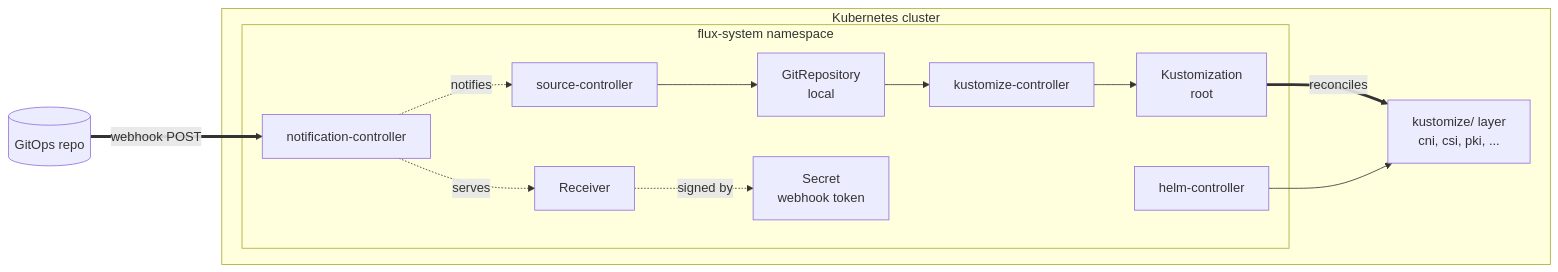
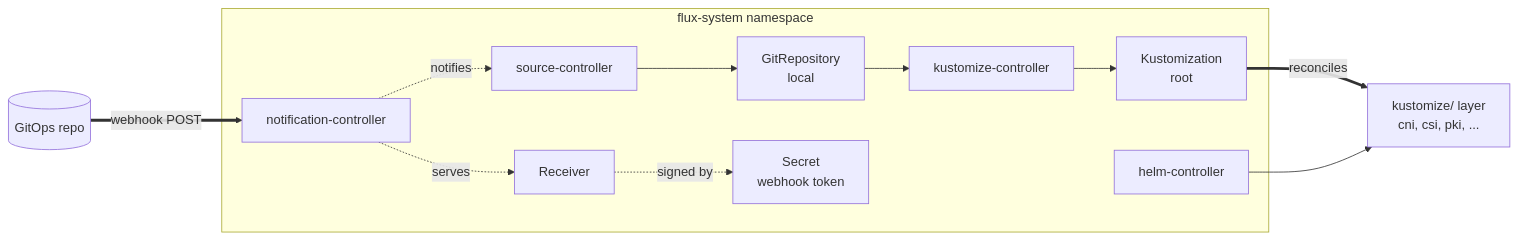
The first of 2 diagrams in terraform/gitops/README.md (windsorcli/core), drawn with Mermaid before and after one commit. The commit also changed other lines of this file and 6 other files, not shown here.

Commit message:
chore(docs): refine flowcharts in README files for backend, cluster, compute, CNI, network, gitops, and workstation categories

````diff
--- a/terraform/gitops/README.md
+++ b/terraform/gitops/README.md
@@ -24,28 +24,27 @@
 ```mermaid
 flowchart LR
   repo[(GitOps repo)]
 
-  subgraph cluster[Kubernetes cluster]
-    subgraph fluxsys[flux-system namespace]
-      sc[source-controller]
-      kc[kustomize-controller]
-      hc[helm-controller]
-      nc[notification-controller]
-      gr[GitRepository<br/>local]
-      ks[Kustomization<br/>root]
-      rcv[Receiver]
-      sec[Secret<br/>webhook token]
-    end
-    layer[kustomize/ layer<br/>cni, csi, pki, ...]
+  subgraph fluxsys[flux-system namespace]
+    sc[source-controller]
+    kc[kustomize-controller]
+    hc[helm-controller]
+    nc[notification-controller]
+    gr[GitRepository<br/>local]
+    ks[Kustomization<br/>root]
+    rcv[Receiver]
+    sec[Secret<br/>webhook token]
   end
+
+  layer[kustomize/ layer<br/>cni, csi, pki, ...]
 
   repo ==webhook POST==> nc
   nc -.notifies.-> sc
   sc --> gr
   gr --> kc
   kc --> ks
   ks ==reconciles==> layer
   hc --> layer
   rcv -.signed by.-> sec
   nc -.serves.-> rcv
 ```
````
